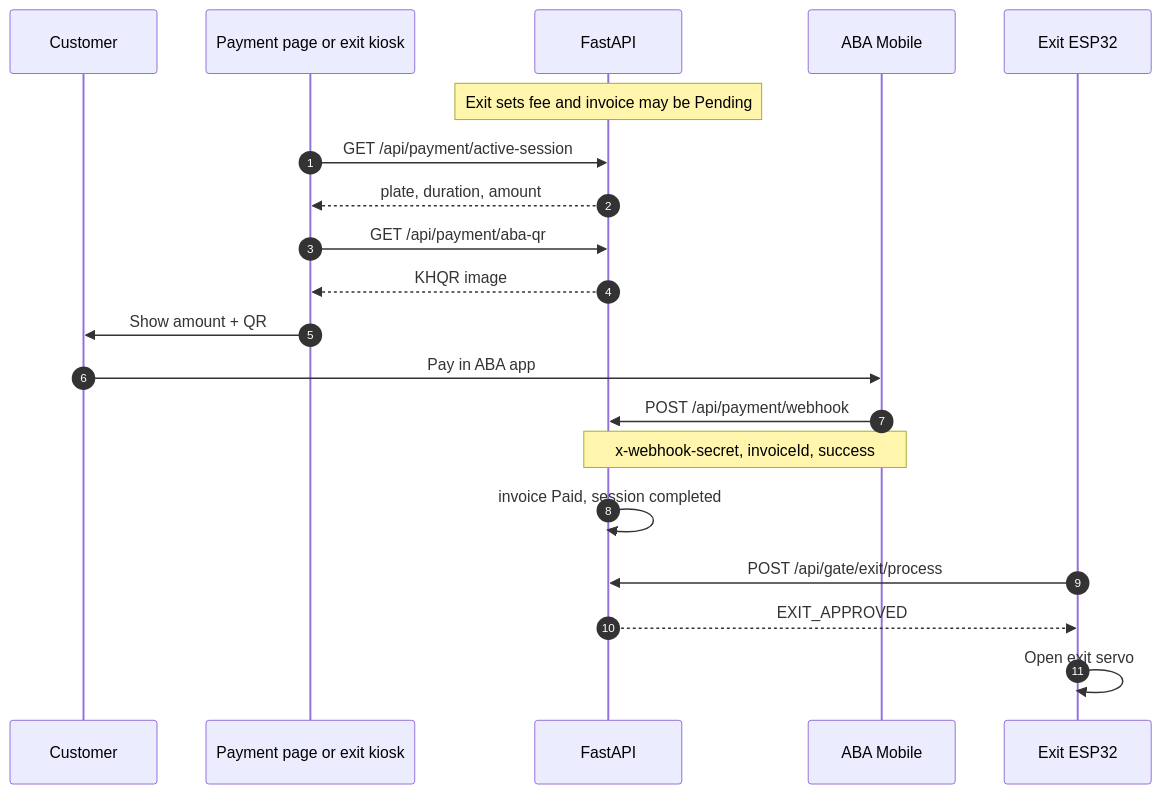
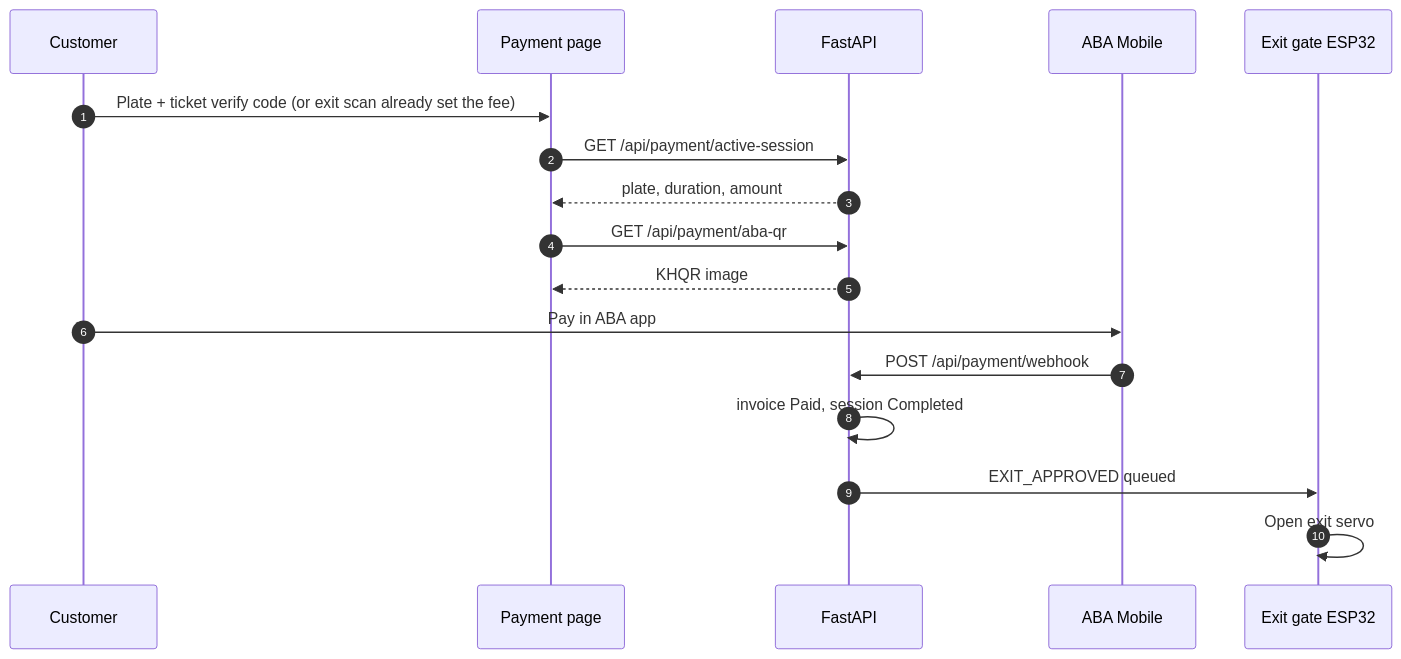
Before and after one commit to Kimheang-code-IT/IOT-Parking-system: the fourth of 4 diagrams in README.md, drawn with Mermaid. The commit also changed other lines of this file and 125 other files, not shown here.

````diff
--- a/README.md
+++ b/README.md
@@ -421,28 +235,20 @@
 ```mermaid
 sequenceDiagram
     autonumber
     participant Customer
-    participant UI as Payment page or exit kiosk
+    participant UI as Payment page
     participant API as FastAPI
     participant Bank as ABA Mobile
-    participant ESP as Exit ESP32
+    participant ESP as Exit gate ESP32
 
-    Note over API: Exit sets fee and invoice may be Pending
-
+    Customer->>UI: Plate + ticket verify code (or exit scan already set the fee)
     UI->>API: GET /api/payment/active-session
     API-->>UI: plate, duration, amount
-
     UI->>API: GET /api/payment/aba-qr
     API-->>UI: KHQR image
-
-    UI->>Customer: Show amount + QR
     Customer->>Bank: Pay in ABA app
     Bank->>API: POST /api/payment/webhook
-    Note over Bank,API: x-webhook-secret, invoiceId, success
-
-    API->>API: invoice Paid, session completed
-
-    ESP->>API: POST /api/gate/exit/process
-    API-->>ESP: EXIT_APPROVED
+    API->>API: invoice Paid, session Completed
+    API->>ESP: EXIT_APPROVED queued
     ESP->>ESP: Open exit servo
 ```
````
